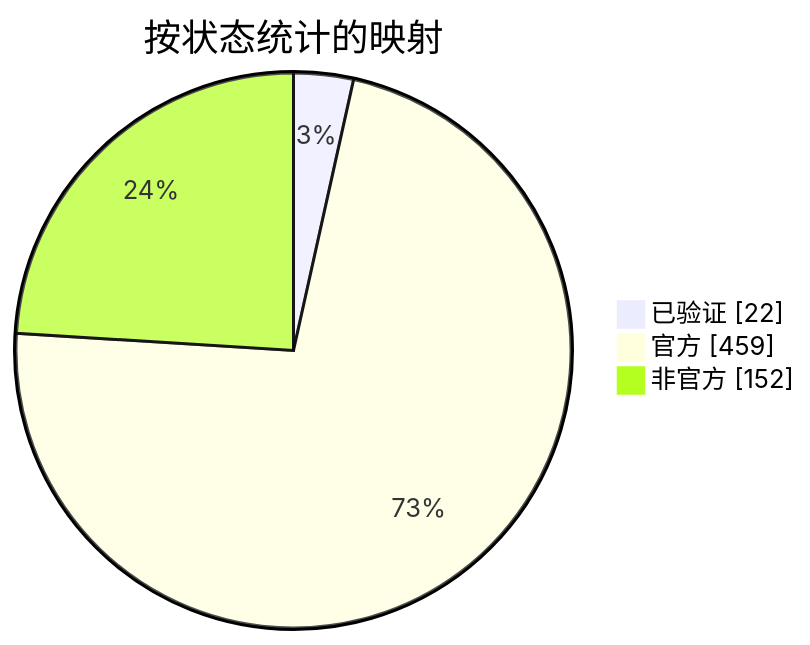
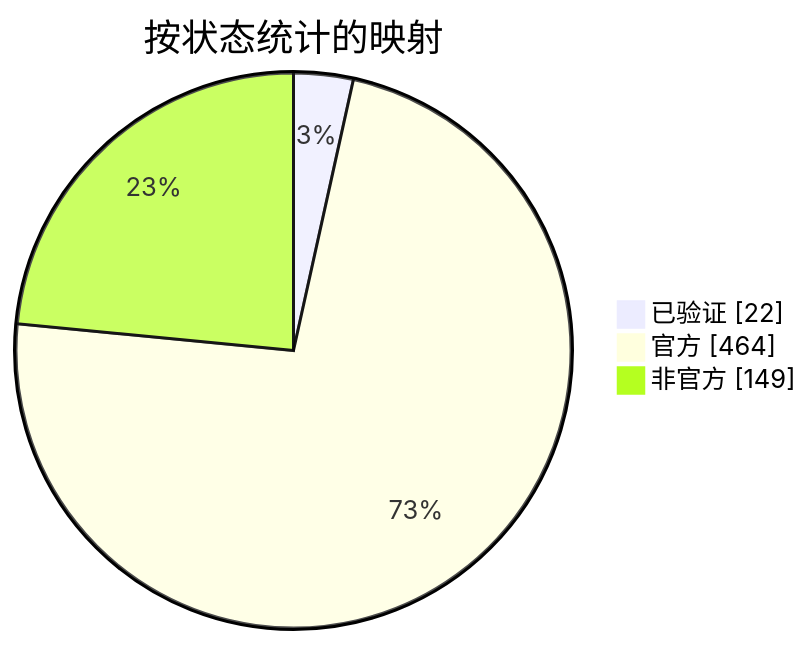
The diagram in docs/readme/README_ZHS.md (nobrega8/mbmap-library), drawn with Mermaid before and after one commit. The commit also changed 4 other files, not shown here.

````diff
--- a/docs/readme/README_ZHS.md
+++ b/docs/readme/README_ZHS.md
@@ -54,7 +54,7 @@
 ```mermaid
 pie showData
     title 按状态统计的映射
     "已验证" : 22
-    "官方" : 459
-    "非官方" : 152
+    "官方" : 464
+    "非官方" : 149
 ```
````
